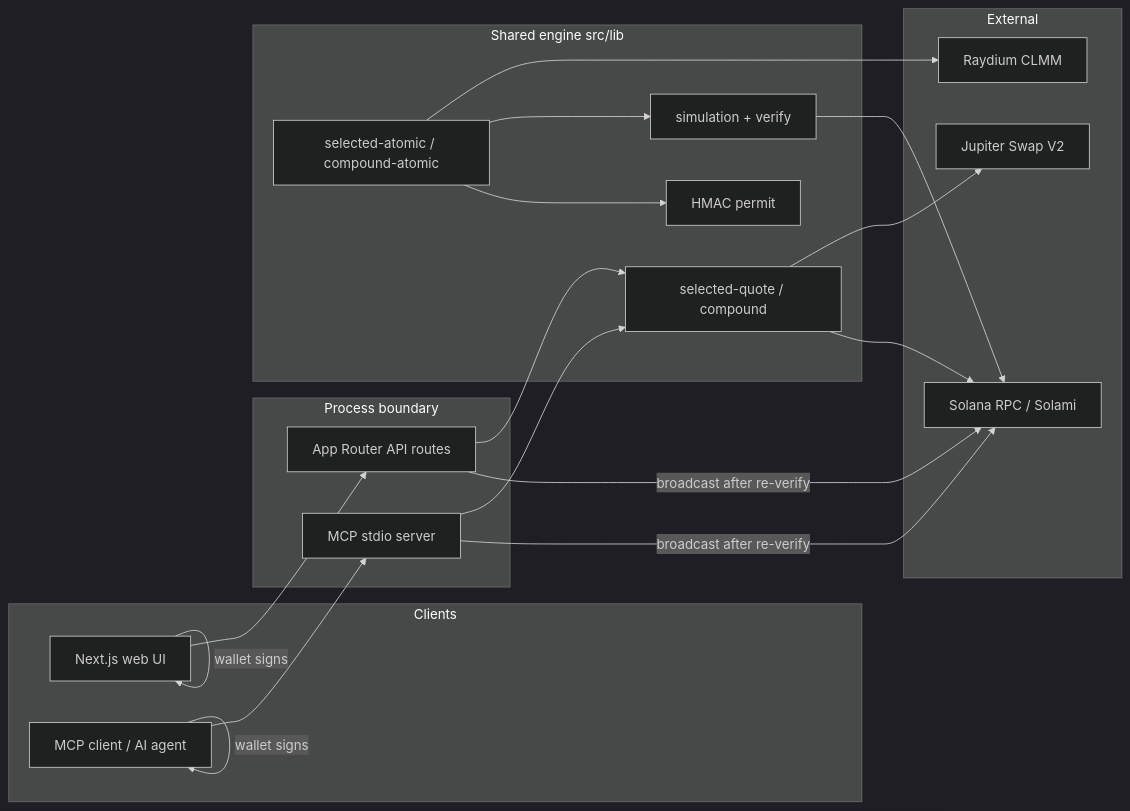
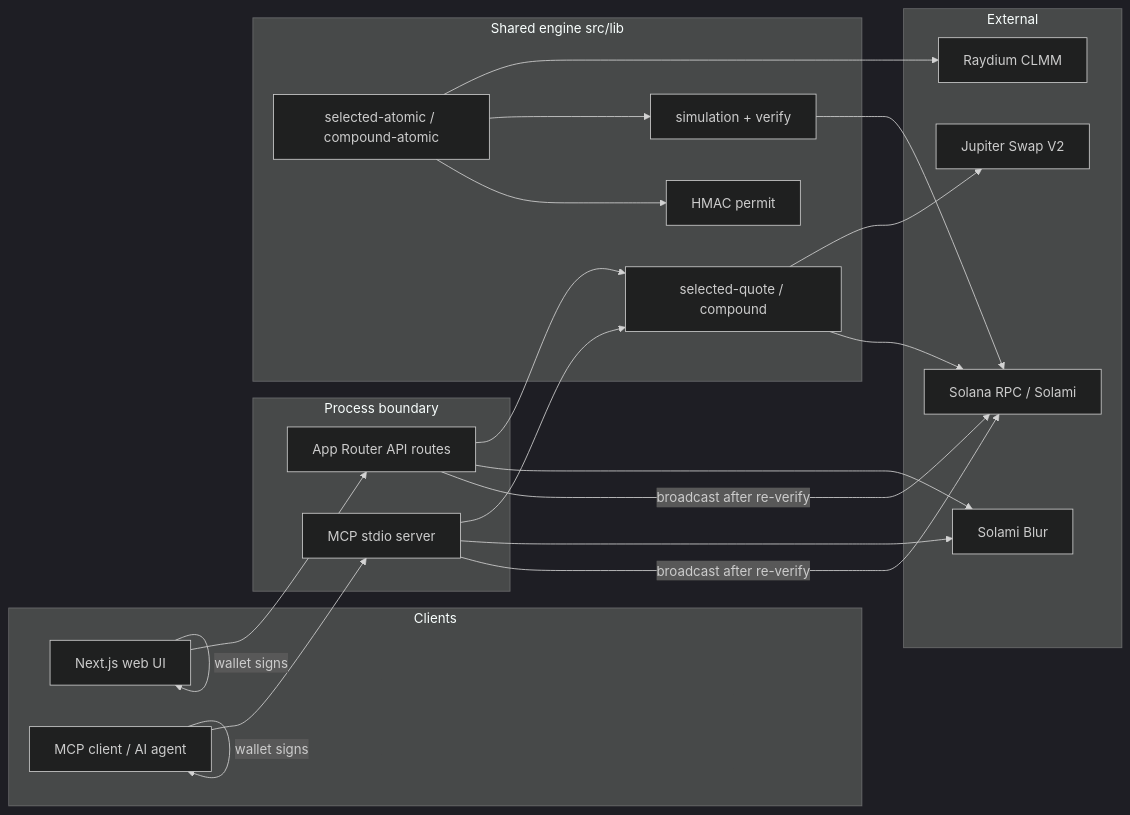
Before and after one commit to truenorth-lj/sofinance-public: the diagram in README.md, drawn with Mermaid (dark theme). The commit also changed other lines of this file and 21 other files, not shown here.

First line of the commit message:
Add live Solami Blur pool activity and range-status MCP tools.

````diff
--- a/README.md
+++ b/README.md
@@ -217,36 +223,39 @@
 ```mermaid
 flowchart LR
   subgraph clients [Clients]
     Web[Next.js web UI]
     Agent[MCP client / AI agent]
   end
   subgraph edge [Process boundary]
     API[App Router API routes]
     MCP[MCP stdio server]
   end
   subgraph engine ["Shared engine src/lib"]
     Quote[selected-quote / compound]
     Atomic[selected-atomic / compound-atomic]
     Sim[simulation + verify]
     Permit[HMAC permit]
   end
   subgraph external [External]
     RPC[Solana RPC / Solami]
+    Blur[Solami Blur]
     Jup[Jupiter Swap V2]
     Ray[Raydium CLMM]
   end
   Web --> API
   Agent --> MCP
   API --> Quote
   MCP --> Quote
   Quote --> Jup
   Quote --> RPC
+  API --> Blur
+  MCP --> Blur
   Atomic --> Ray
   Atomic --> Sim
   Sim --> RPC
   Atomic --> Permit
   Web -->|wallet signs| Web
   Agent -->|wallet signs| Agent
   API -->|broadcast after re-verify| RPC
   MCP -->|broadcast after re-verify| RPC
 ```
````
